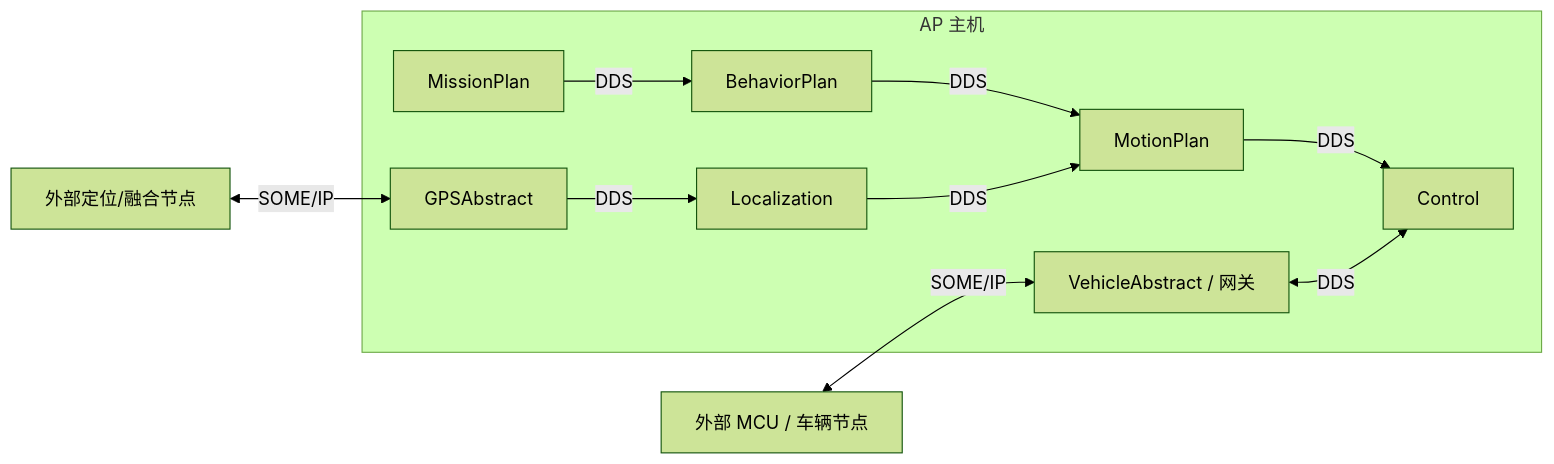
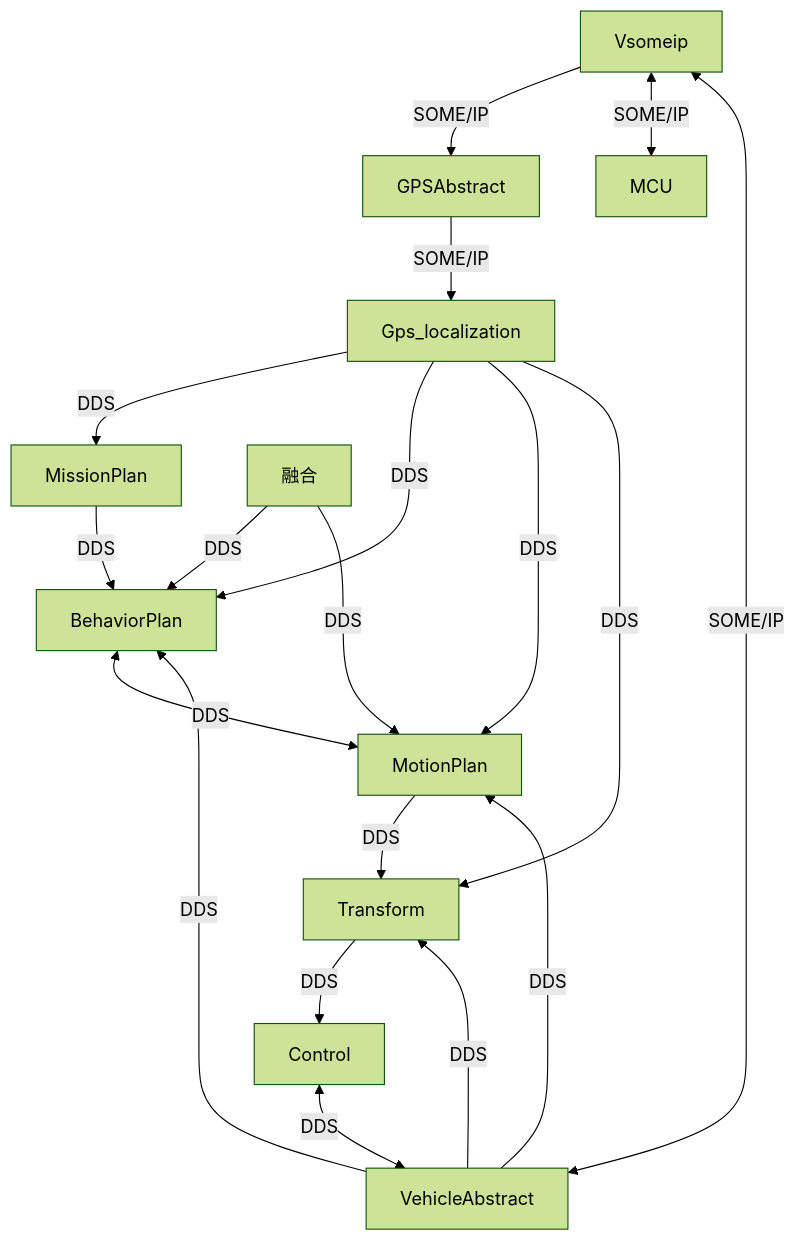
Before and after one commit to YoungHong1992/ruankao-senior-architecture-designer: the fourth of 6 diagrams in 02.历年真题-清洗版/2024年上半年-系统架构设计师-案例分析.md, drawn with Mermaid (forest theme). The commit also changed other lines of this file and 19 other files, not shown here.

````diff
--- a/02.历年真题-清洗版/2024年上半年-系统架构设计师-案例分析.md
+++ b/02.历年真题-清洗版/2024年上半年-系统架构设计师-案例分析.md
@@ -296,13 +295,23 @@
 ```mermaid
-flowchart LR
-    GNSS["外部定位/融合节点"] <-->|"SOME/IP"| GPSA["GPSAbstract"]
-    MCU["外部 MCU / 车辆节点"] <-->|"SOME/IP"| VA["VehicleAbstract / 网关"]
-    subgraph AP["AP 主机"]
-        GPSA -->|"DDS"| LOC["Localization"]
-        MP["MissionPlan"] -->|"DDS"| BP["BehaviorPlan"]
-        BP -->|"DDS"| MOP["MotionPlan"]
-        LOC -->|"DDS"| MOP
-        MOP -->|"DDS"| CTRL["Control"]
-        VA <-->|"DDS"| CTRL
-    end
+flowchart TB
+    VS["Vsomeip"] -->|"SOME/IP"| GA["GPSAbstract"]
+    GA -->|"SOME/IP"| GL["Gps_localization"]
+    GL -->|"DDS"| MP["MissionPlan"]
+    F["融合"] -->|"DDS"| BP["BehaviorPlan"]
+    BP <-->|"DDS"| MOP["MotionPlan"]
+    MOP -->|"DDS"| T["Transform"]
+    T -->|"DDS"| C["Control"]
+    VA["VehicleAbstract"]
+
+    F -->|"DDS"| MOP
+    MP -->|"DDS"| BP
+    GL -->|"DDS"| BP
+    GL -->|"DDS"| MOP
+    GL -->|"DDS"| T
+    VA -->|"DDS"| BP
+    VA -->|"DDS"| MOP
+    VA -->|"DDS"| T
+    C <-->|"DDS"| VA
+    VA <-->|"SOME/IP"| VS
+    VS <-->|"SOME/IP"| MCU["MCU"]
 ```
````
